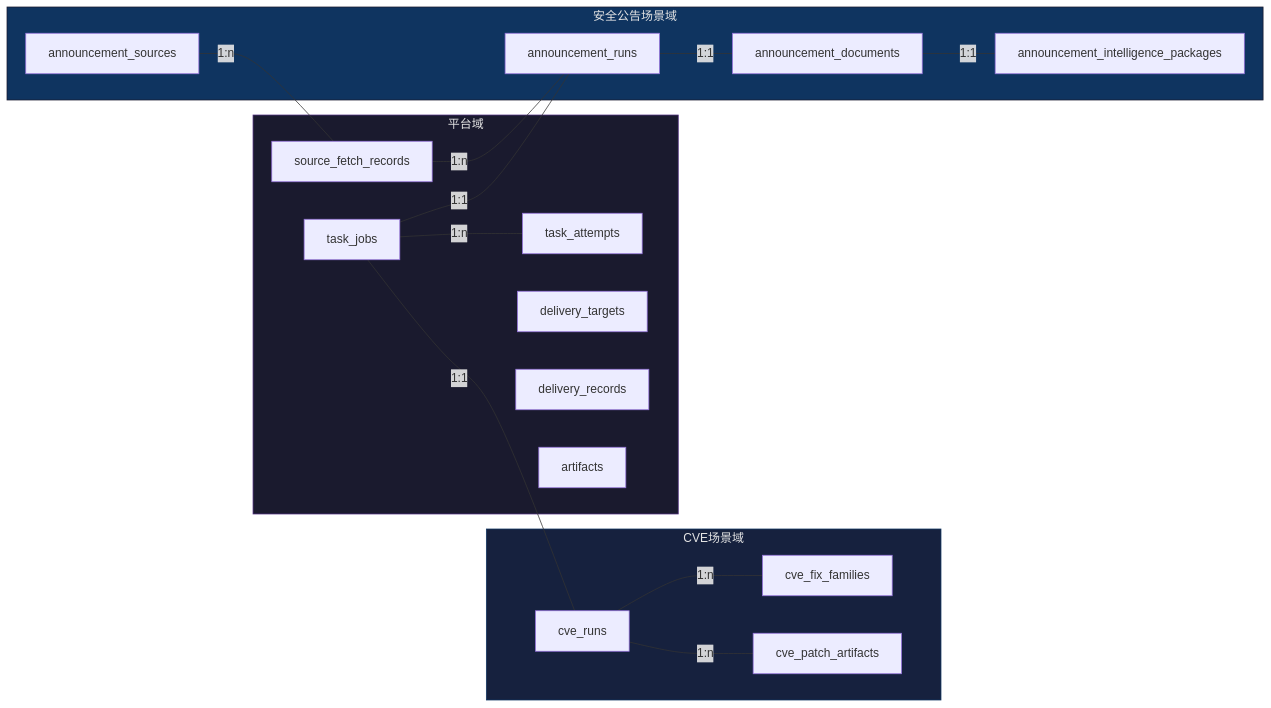
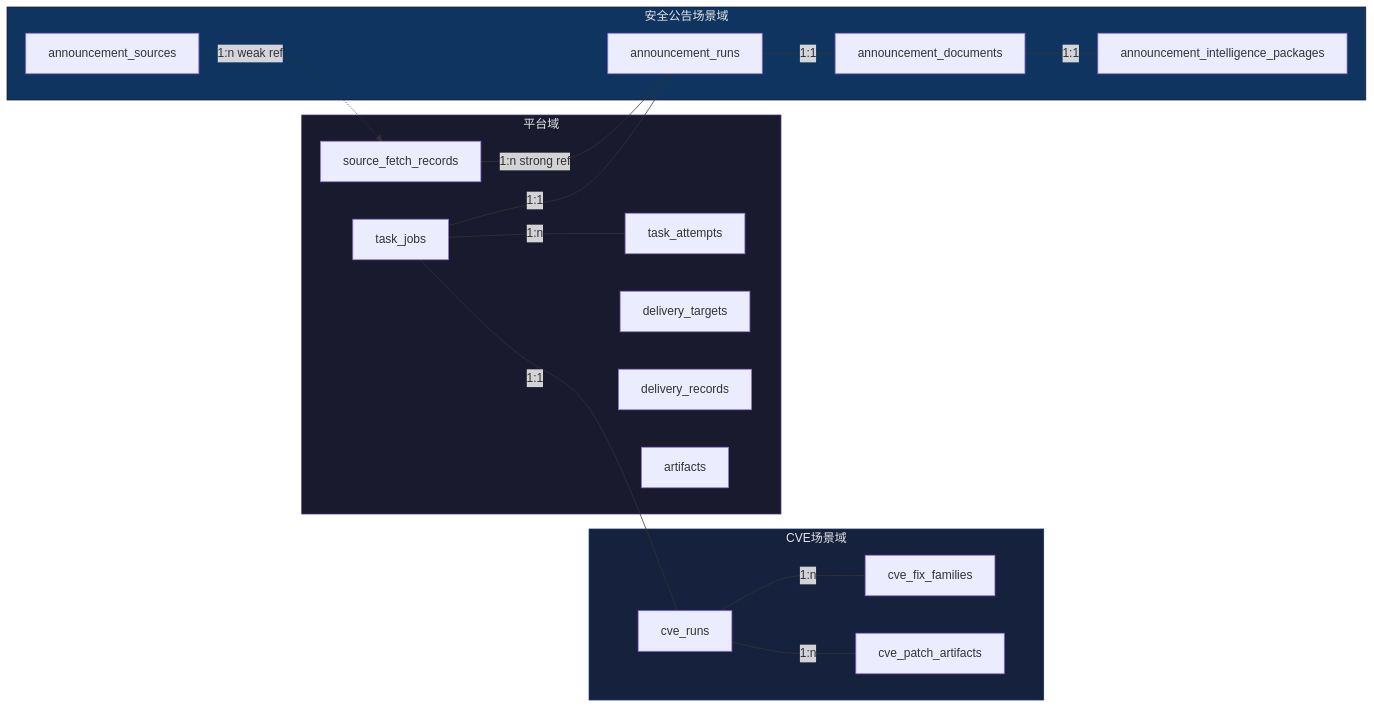
The first of 2 diagrams in docs/03-系统架构/数据库设计.md (coeoo/AetherFlow), drawn with Mermaid before and after one commit. The commit also changed other lines of this file and 13 other files, not shown here.

````diff
--- a/docs/03-系统架构/数据库设计.md
+++ b/docs/03-系统架构/数据库设计.md
@@ -31,38 +31,38 @@
 ```mermaid
 flowchart LR
     subgraph 平台域
         TJ["task_jobs"]
         TA["task_attempts"]
         DT["delivery_targets"]
         DR["delivery_records"]
         AF["artifacts"]
         SF["source_fetch_records"]
     end
 
     subgraph CVE场景域
         CR["cve_runs"]
         CF["cve_fix_families"]
         CP["cve_patch_artifacts"]
     end
 
     subgraph 安全公告场景域
         AS["announcement_sources"]
         AR["announcement_runs"]
         AD["announcement_documents"]
         AI["announcement_intelligence_packages"]
     end
 
     TJ ---|1:n| TA
     TJ ---|1:1| CR
     TJ ---|1:1| AR
     CR ---|1:n| CF
     CR ---|1:n| CP
-    AS ---|1:n| SF
-    SF ---|1:n| AR
+    AS -.->|1:n weak ref| SF
+    SF ---|1:n strong ref| AR
     AR ---|1:1| AD
     AD ---|1:1| AI
 
     style 平台域 fill:#1a1a2e,stroke:#533483,color:#e4e4e4
     style CVE场景域 fill:#16213e,stroke:#0f3460,color:#e4e4e4
     style 安全公告场景域 fill:#0f3460,stroke:#1a1a2e,color:#e4e4e4
 ```
````
